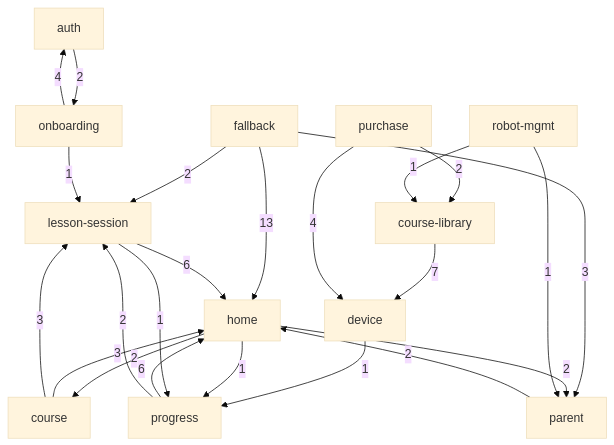
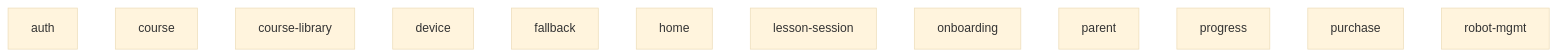
One commit to JSR-Algo/TJBOT-Mobile changed the diagram in tbot-design/docs/flows/global.generated.mmd. Above: the diagram before and after it, drawn with Mermaid (base theme). The commit also changed 945 other files, not shown here.

```diff
--- a/tbot-design/docs/flows/global.generated.mmd
+++ b/tbot-design/docs/flows/global.generated.mmd
@@ -1,37 +1,15 @@
-%% GENERATED FROM nav-graph-data.json sha=a64610b0bee3. Do not edit by hand.
+%% GENERATED FROM nav-graph-data.json sha=99252d49ba12. Do not edit by hand.
 %% Domain-level overview only — intra-domain detail lives under domains/<d>/flow.generated.mmd
 flowchart TD
   auth["auth"]
   course["course"]
   course_library["course-library"]
   device["device"]
   fallback["fallback"]
   home["home"]
   lesson_session["lesson-session"]
   onboarding["onboarding"]
   parent["parent"]
   progress["progress"]
   purchase["purchase"]
   robot_mgmt["robot-mgmt"]
-  auth -->|2| onboarding
-  course_library -->|7| device
-  course -->|3| home
-  course -->|3| lesson_session
-  device -->|1| progress
-  fallback -->|13| home
-  fallback -->|2| lesson_session
-  fallback -->|3| parent
-  home -->|2| course
-  home -->|2| parent
-  home -->|1| progress
-  lesson_session -->|6| home
-  lesson_session -->|1| progress
-  onboarding -->|4| auth
-  onboarding -->|1| lesson_session
-  parent -->|2| home
-  progress -->|6| home
-  progress -->|2| lesson_session
-  purchase -->|2| course_library
-  purchase -->|4| device
-  robot_mgmt -->|1| course_library
-  robot_mgmt -->|1| parent
```
